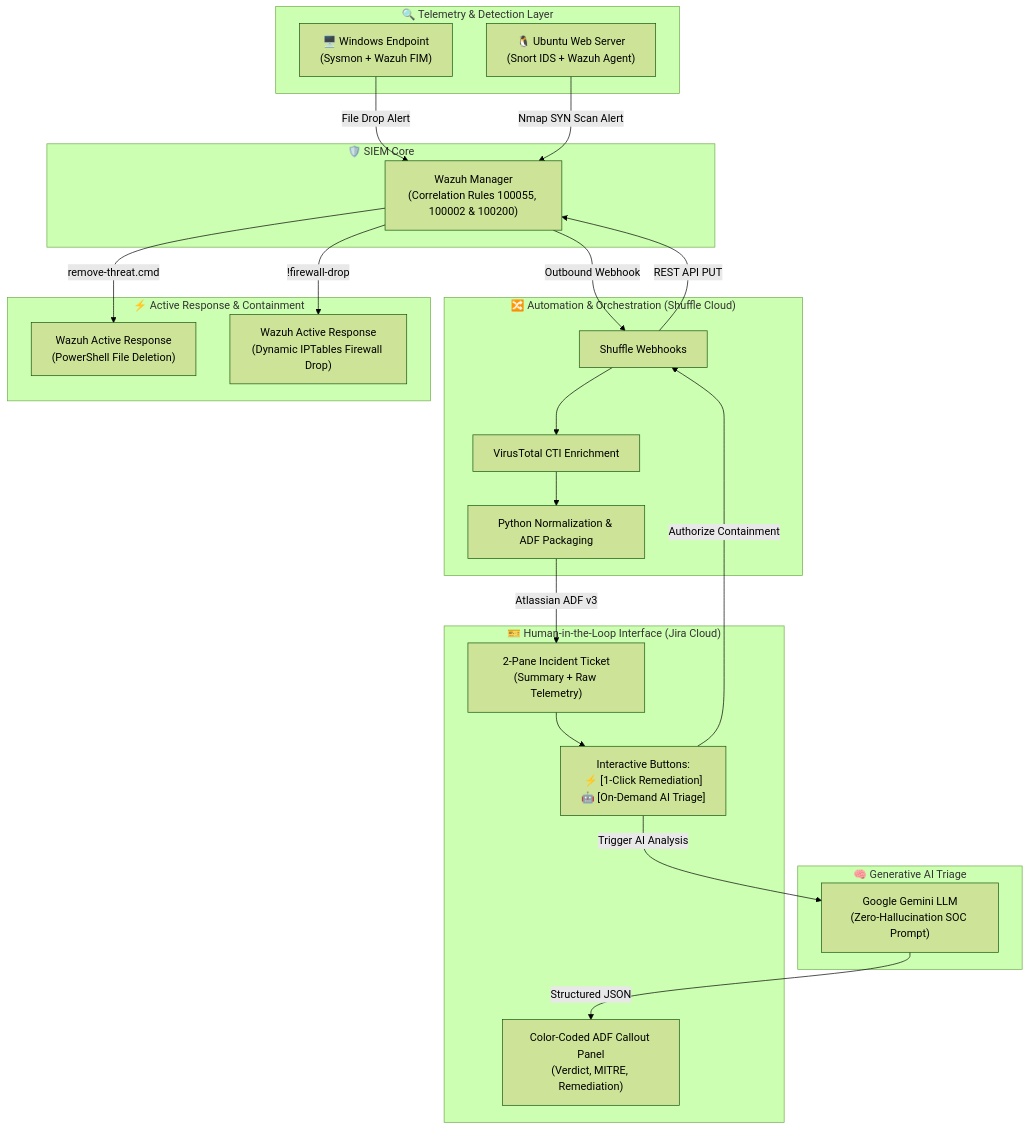
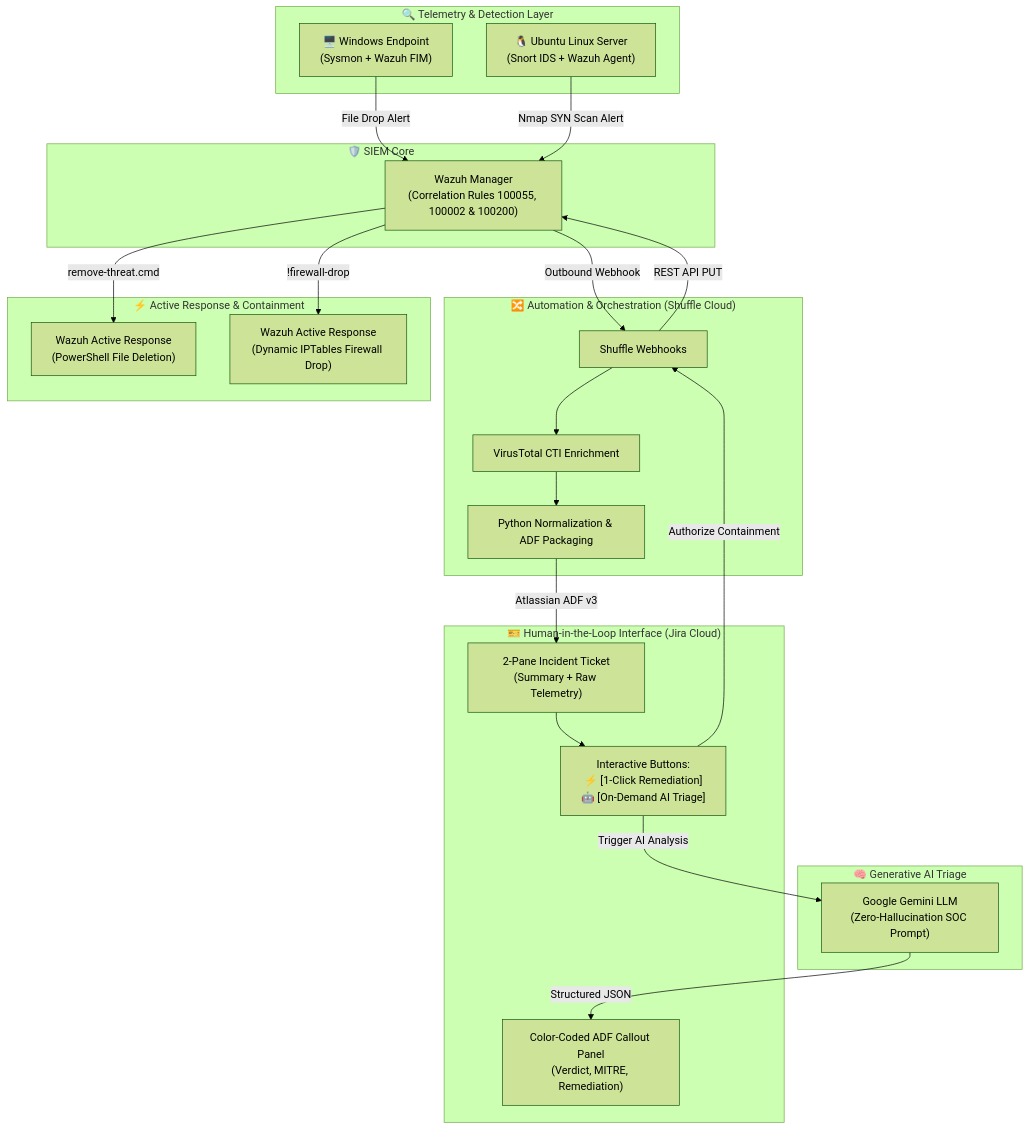
Before and after one commit to mikeH1fsd/soc-soar-ai-lab: the diagram in README.md, drawn with Mermaid (forest theme). The commit also changed other lines of this file and 1 other file, not shown here.

Commit message:
docs: remove verbose lab_setup_topology.md and embed clean IP schema in README

````diff
--- a/README.md
+++ b/README.md
@@ -25,46 +25,46 @@
 ```mermaid
 flowchart TD
     subgraph Detection["🔍 Telemetry & Detection Layer"]
         A1["🖥️ Windows Endpoint<br/>(Sysmon + Wazuh FIM)"]
-        A2["🐧 Ubuntu Web Server<br/>(Snort IDS + Wazuh Agent)"]
+        A2["🐧 Ubuntu Linux Server<br/>(Snort IDS + Wazuh Agent)"]
     end
 
     subgraph SIEM["🛡️ SIEM Core"]
         W1["Wazuh Manager<br/>(Correlation Rules 100055, 100002 & 100200)"]
     end
 
     subgraph SOAR["🔀 Automation & Orchestration (Shuffle Cloud)"]
         S1["Shuffle Webhooks"]
         S2["Python Normalization & ADF Packaging"]
         S3["VirusTotal CTI Enrichment"]
     end
 
     subgraph AI["🧠 Generative AI Triage"]
         G1["Google Gemini LLM<br/>(Zero-Hallucination SOC Prompt)"]
     end
 
     subgraph ITSM["🎫 Human-in-the-Loop Interface (Jira Cloud)"]
         J1["2-Pane Incident Ticket<br/>(Summary + Raw Telemetry)"]
         J2["Interactive Buttons:<br/>⚡ [1-Click Remediation]<br/>🤖 [On-Demand AI Triage]"]
         J3["Color-Coded ADF Callout Panel<br/>(Verdict, MITRE, Remediation)"]
     end
 
     subgraph Response["⚡ Active Response & Containment"]
         R1["Wazuh Active Response<br/>(PowerShell File Deletion)"]
         R2["Wazuh Active Response<br/>(Dynamic IPTables Firewall Drop)"]
     end
 
     A1 -->|File Drop Alert| W1
     A2 -->|Nmap SYN Scan Alert| W1
     W1 -->|Outbound Webhook| S1
     S1 --> S3
     S3 --> S2
     S2 -->|Atlassian ADF v3| J1
     J1 --> J2
     J2 -->|Trigger AI Analysis| G1
     G1 -->|Structured JSON| J3
     J2 -->|Authorize Containment| S1
     S1 -->|REST API PUT| W1
     W1 -->|remove-threat.cmd| R1
     W1 -->|!firewall-drop| R2
 ```
````
